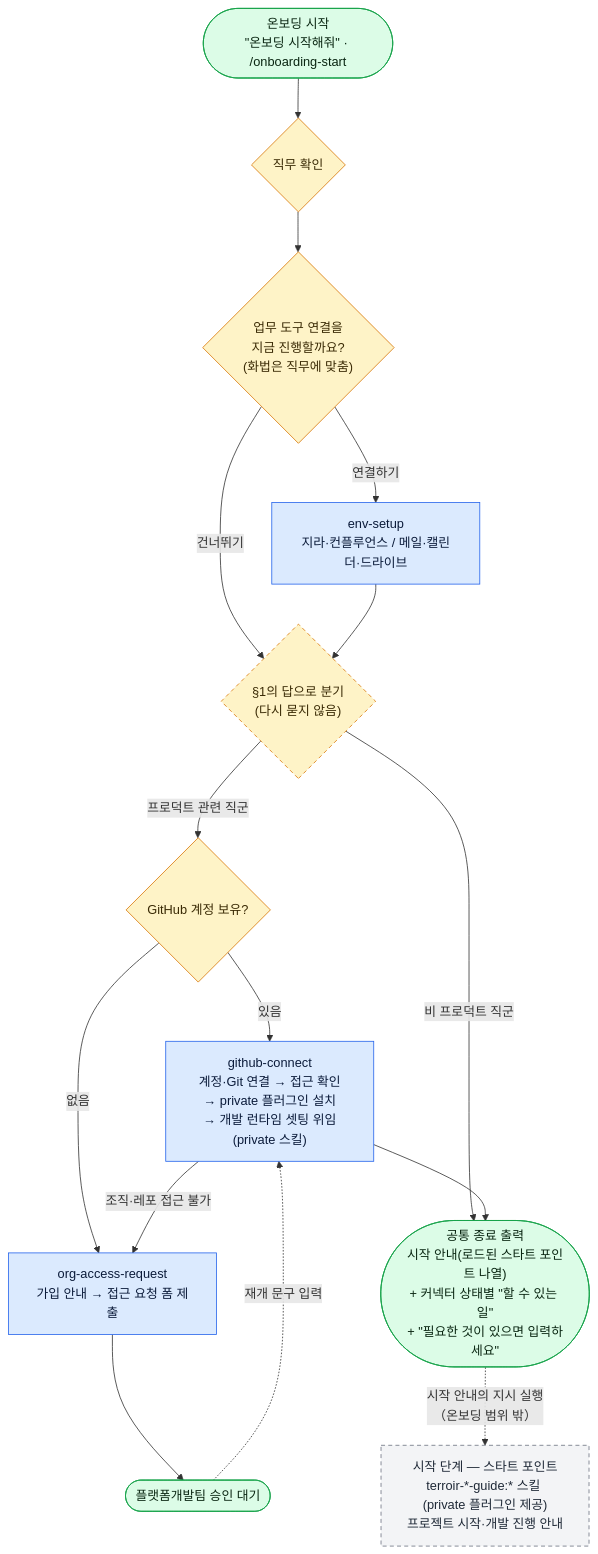
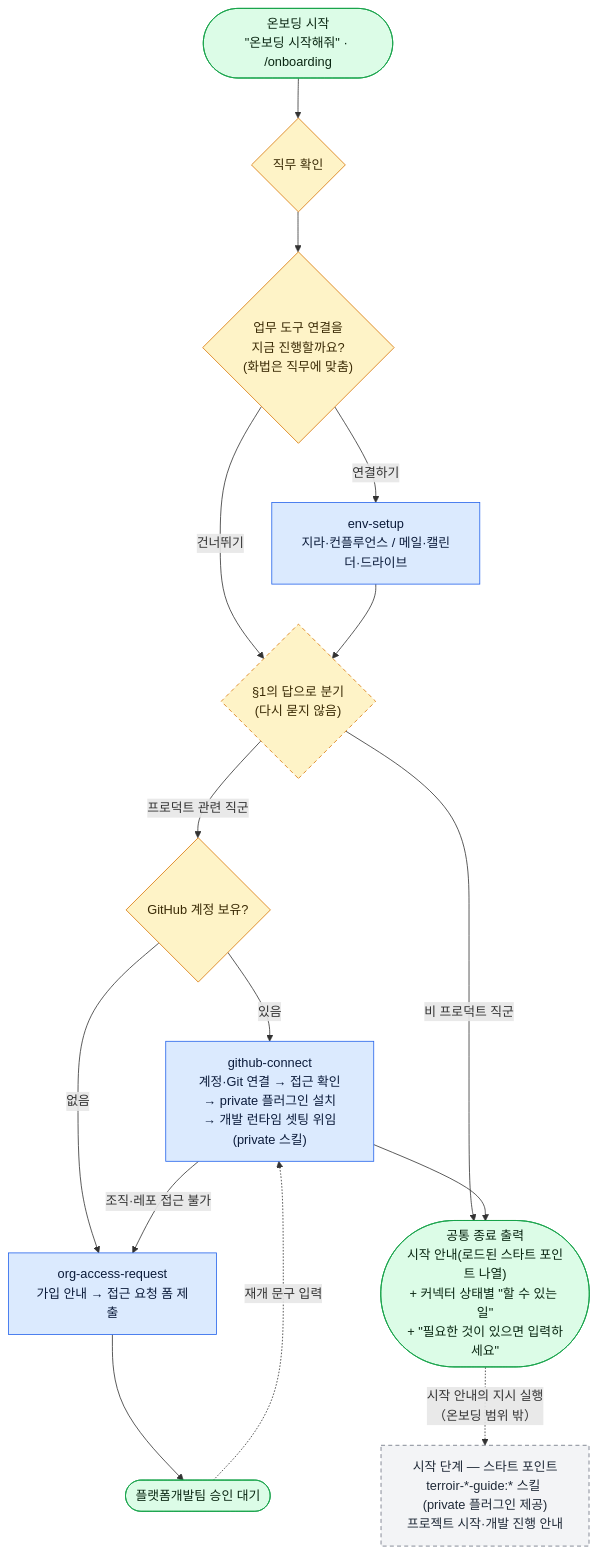
One commit to VntgCorp/terroir-claude-plugin-public changed the diagram in plugins/terroir-onboarding/README.md. Above: the diagram before and after it, drawn with Mermaid. The commit also changed other lines of this file and 10 other files, not shown here.

First line of the commit message:
refactor(onboarding): 사내 이름 규칙 채택 — onboarding-start → onboarding, version·description 정리, ADR-001 [RDDP-1627]

````diff
--- a/plugins/terroir-onboarding/README.md
+++ b/plugins/terroir-onboarding/README.md
@@ -36,46 +36,46 @@
 ```mermaid
 flowchart TD
-    START(["온보딩 시작<br/>&quot;온보딩 시작해줘&quot; · /onboarding-start"])
+    START(["온보딩 시작<br/>&quot;온보딩 시작해줘&quot; · /onboarding"])
 
     Q1{"직무 확인"}
     Q2{"업무 도구 연결을<br/>지금 진행할까요?<br/>(화법은 직무에 맞춤)"}
     ENV["env-setup<br/>지라·컨플루언스 / 메일·캘린더·드라이브"]
     BR{"§1의 답으로 분기<br/>(다시 묻지 않음)"}
     Q3{"GitHub 계정 보유?"}
 
     GH["github-connect<br/>계정·Git 연결 → 접근 확인<br/>→ private 플러그인 설치<br/>→ 개발 런타임 셋팅 위임(private 스킬)"]
     OA["org-access-request<br/>가입 안내 → 접근 요청 폼 제출"]
     WAIT(["플랫폼개발팀 승인 대기"])
 
     END(["공통 종료 출력<br/>시작 안내(로드된 스타트 포인트 나열)<br/>+ 커넥터 상태별 &quot;할 수 있는 일&quot;<br/>+ &quot;필요한 것이 있으면 입력하세요&quot;"])
     SP["시작 단계 — 스타트 포인트<br/>terroir-*-guide:* 스킬 (private 플러그인 제공)<br/>프로젝트 시작·개발 진행 안내"]
 
     START --> Q1
     Q1 --> Q2
     Q2 -->|연결하기| ENV
     Q2 -->|건너뛰기| BR
     ENV --> BR
 
     BR -->|프로덕트 관련 직군| Q3
     BR -->|비 프로덕트 직군| END
 
     Q3 -->|있음| GH
     Q3 -->|없음| OA
     GH -->|조직·레포 접근 불가| OA
     OA --> WAIT
     WAIT -.->|재개 문구 입력| GH
 
     GH --> END
     END -.->|시작 안내의 지시 실행<br/>（온보딩 범위 밖）| SP
 
     classDef skill fill:#dbeafe,stroke:#2563eb,color:#0b1b3a
     classDef gate fill:#fef3c7,stroke:#d97706,color:#3a2a05
     classDef term fill:#dcfce7,stroke:#16a34a,color:#0a2612
     classDef branch fill:#fef3c7,stroke:#d97706,color:#3a2a05,stroke-dasharray:5 4
     classDef ext fill:#f3f4f6,stroke:#6b7280,color:#1f2937,stroke-dasharray:5 4
     class ENV,GH,OA skill
     class Q1,Q2,Q3 gate
     class BR branch
     class START,END,WAIT term
     class SP ext
 ```
````
